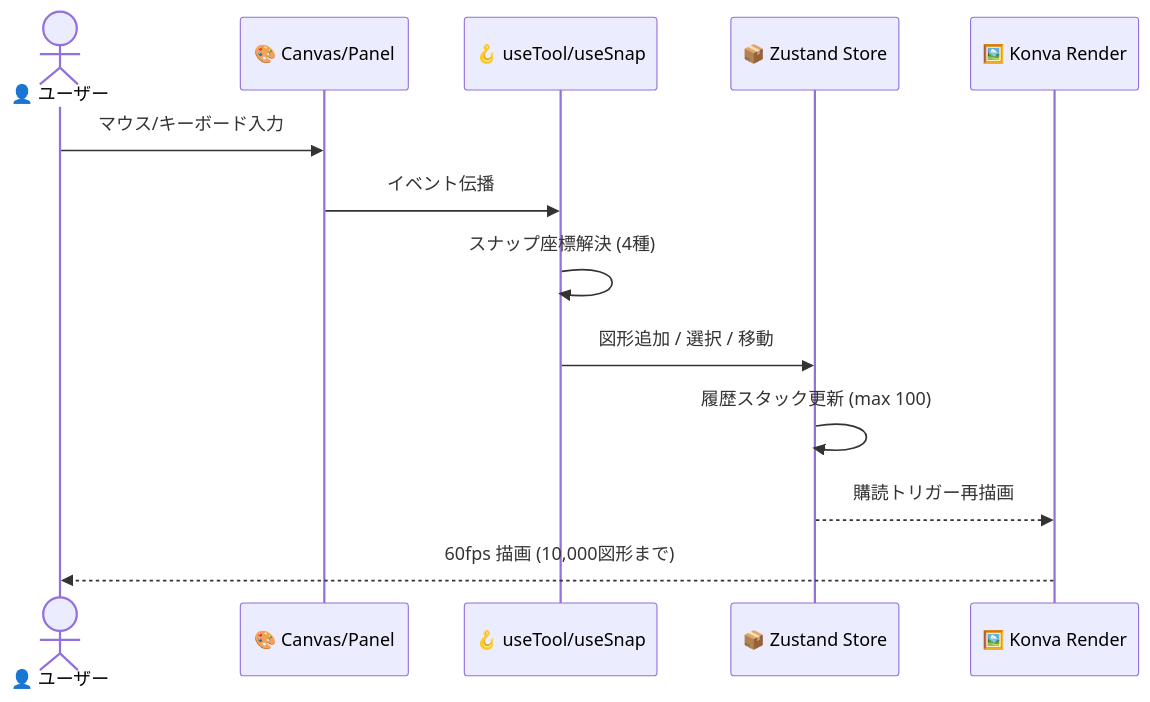
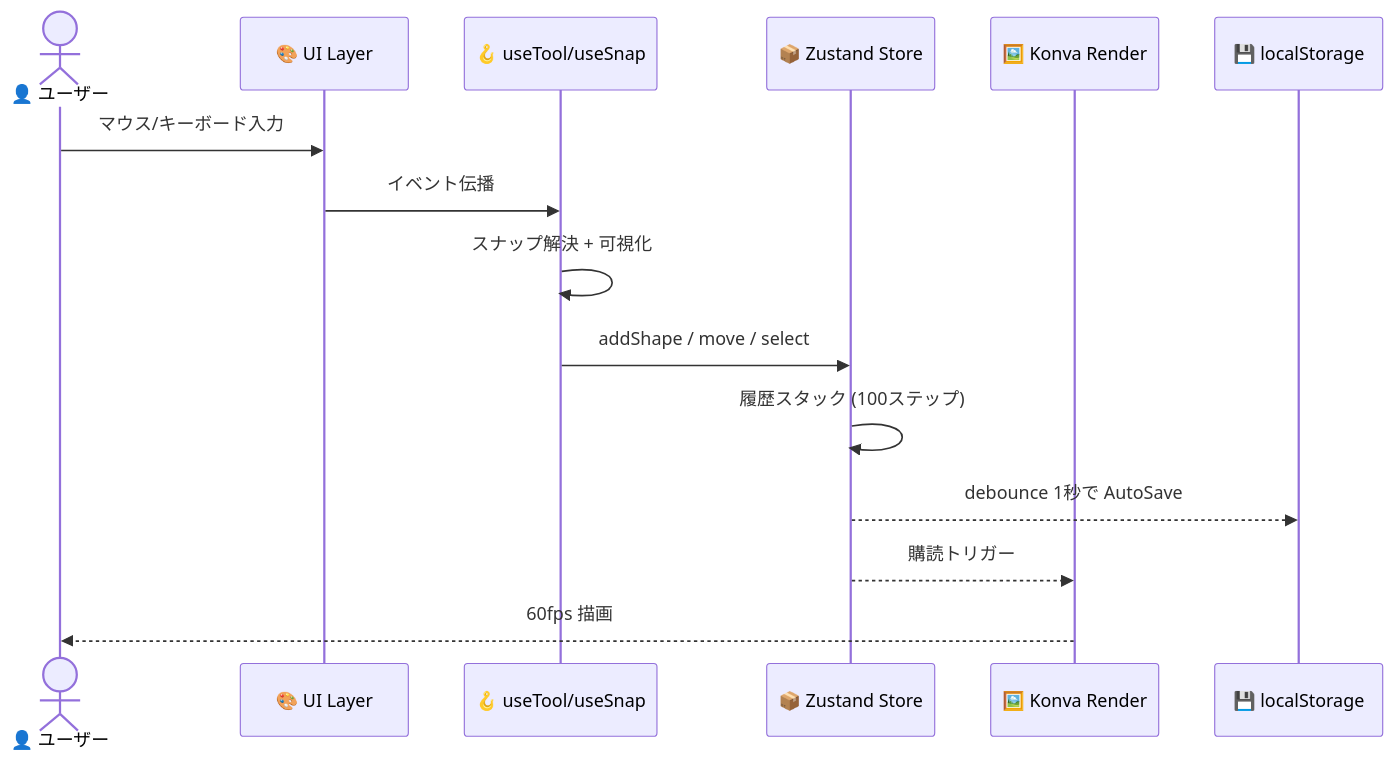
The second of 4 diagrams in README.md (Kensan196948G/Civil-Draw), drawn with Mermaid before and after one commit. The commit also changed other lines of this file, not shown here.

````diff
--- a/README.md
+++ b/README.md
@@ -115,16 +121,18 @@
 ```mermaid
 sequenceDiagram
     actor User as 👤 ユーザー
-    participant UI as 🎨 Canvas/Panel
+    participant UI as 🎨 UI Layer
     participant Hook as 🪝 useTool/useSnap
     participant Store as 📦 Zustand Store
     participant Konva as 🖼️ Konva Render
+    participant LS as 💾 localStorage
 
     User->>UI: マウス/キーボード入力
     UI->>Hook: イベント伝播
-    Hook->>Hook: スナップ座標解決 (4種)
-    Hook->>Store: 図形追加 / 選択 / 移動
-    Store->>Store: 履歴スタック更新 (max 100)
-    Store-->>Konva: 購読トリガー再描画
-    Konva-->>User: 60fps 描画 (10,000図形まで)
+    Hook->>Hook: スナップ解決 + 可視化
+    Hook->>Store: addShape / move / select
+    Store->>Store: 履歴スタック (100ステップ)
+    Store-->>LS: debounce 1秒で AutoSave
+    Store-->>Konva: 購読トリガー
+    Konva-->>User: 60fps 描画
 ```
````
